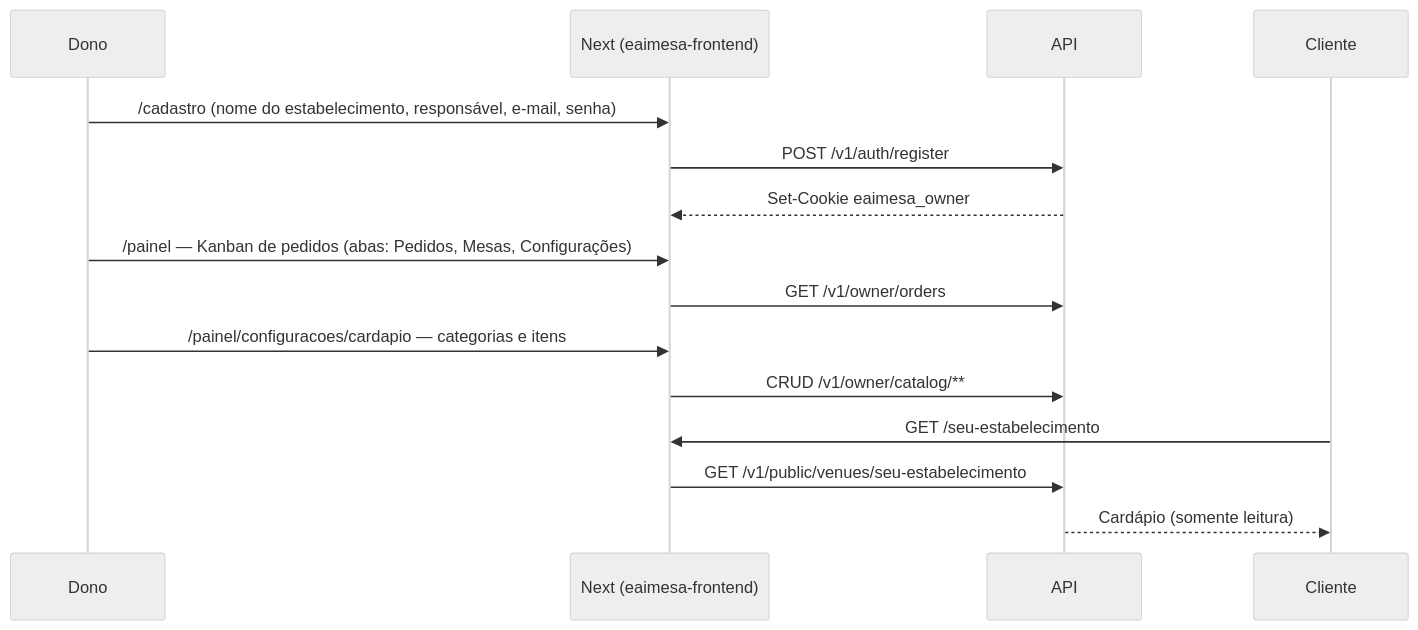
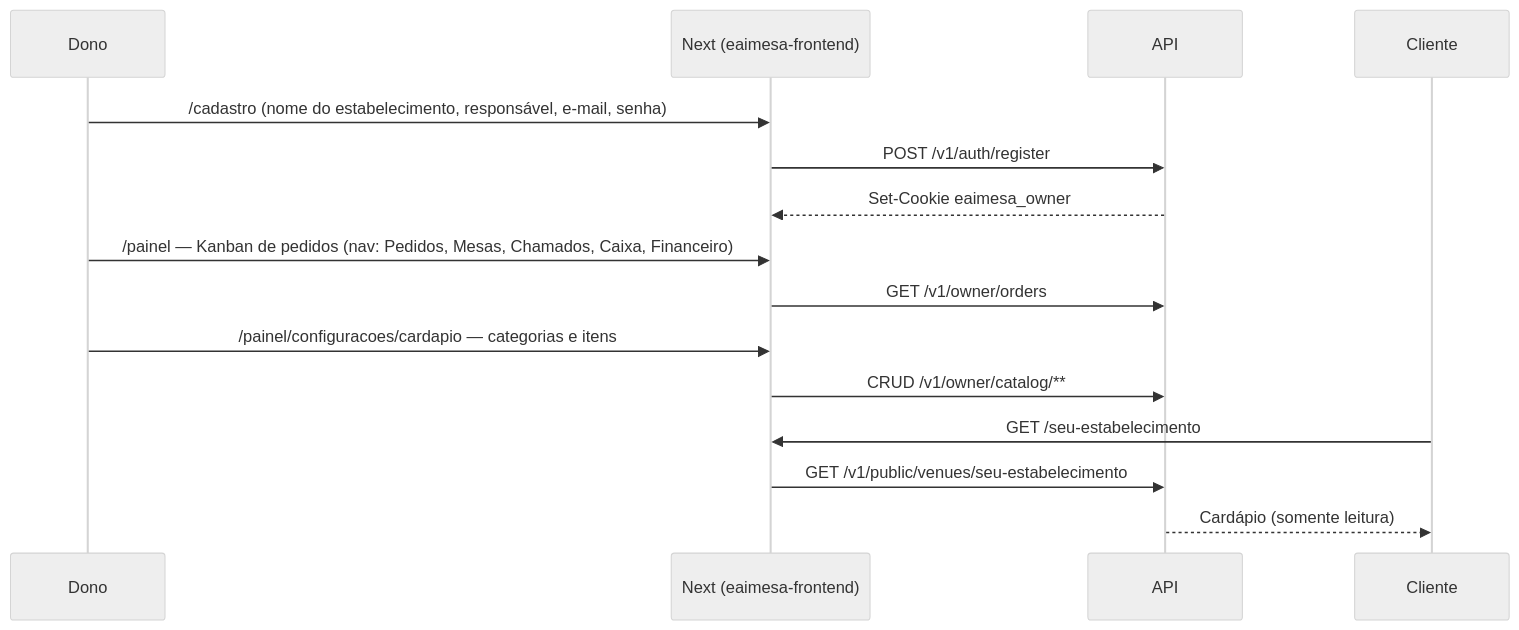
Before and after one commit to filiperamosds/eaimesa-frontend: the first of 7 diagrams in docs/product/fluxos.md, drawn with Mermaid (neutral theme). The commit also changed 2 other files, not shown here.

Commit message:
fix(painel): Financeiro por último na nav, depois de Caixa
A ordem da navbar do painel é o array ALL_LINKS no front, não o banco.

````diff
--- a/docs/product/fluxos.md
+++ b/docs/product/fluxos.md
@@ -7,18 +7,18 @@
 ```mermaid
 sequenceDiagram
   participant D as Dono
   participant W as Next (eaimesa-frontend)
   participant API as API
   participant C as Cliente
 
   D->>W: /cadastro (nome do estabelecimento, responsável, e-mail, senha)
   W->>API: POST /v1/auth/register
   API-->>W: Set-Cookie eaimesa_owner
-  D->>W: /painel — Kanban de pedidos (abas: Pedidos, Mesas, Configurações)
+  D->>W: /painel — Kanban de pedidos (nav: Pedidos, Mesas, Chamados, Caixa, Financeiro)
   W->>API: GET /v1/owner/orders
   D->>W: /painel/configuracoes/cardapio — categorias e itens
   W->>API: CRUD /v1/owner/catalog/**
   C->>W: GET /seu-estabelecimento
   W->>API: GET /v1/public/venues/seu-estabelecimento
   API-->>C: Cardápio (somente leitura)
 ```
````
